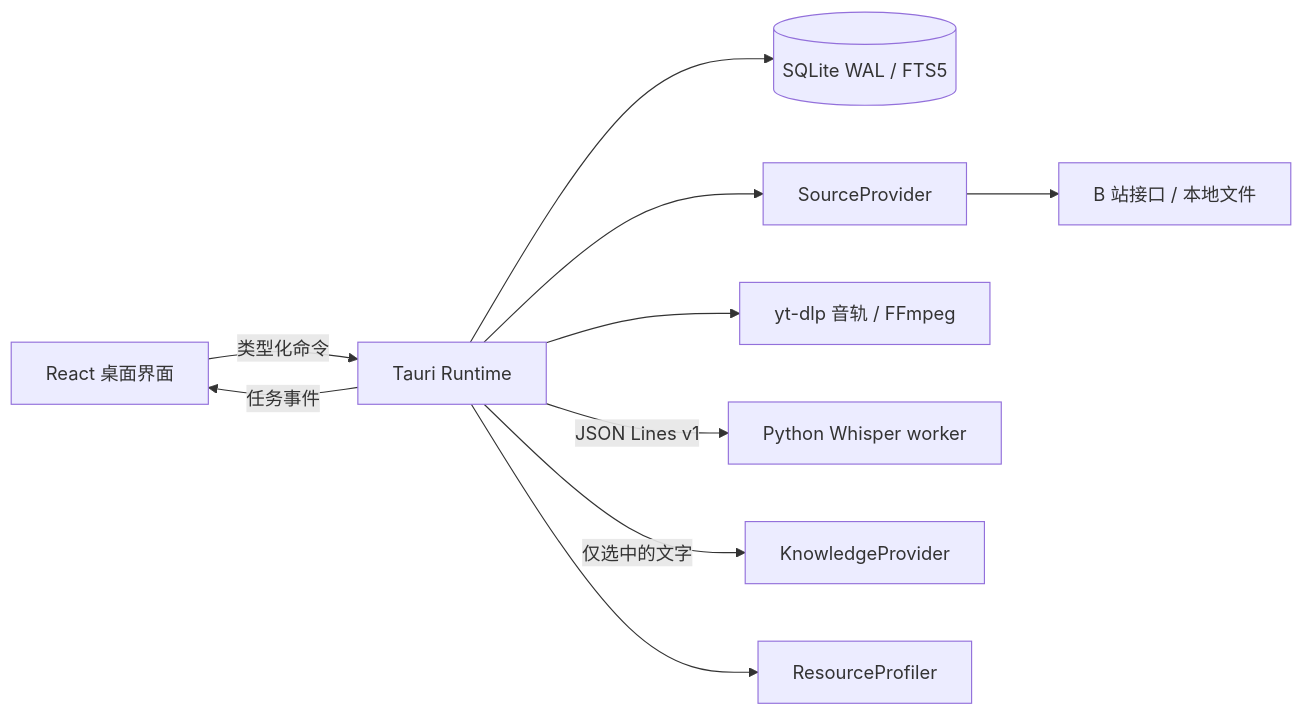
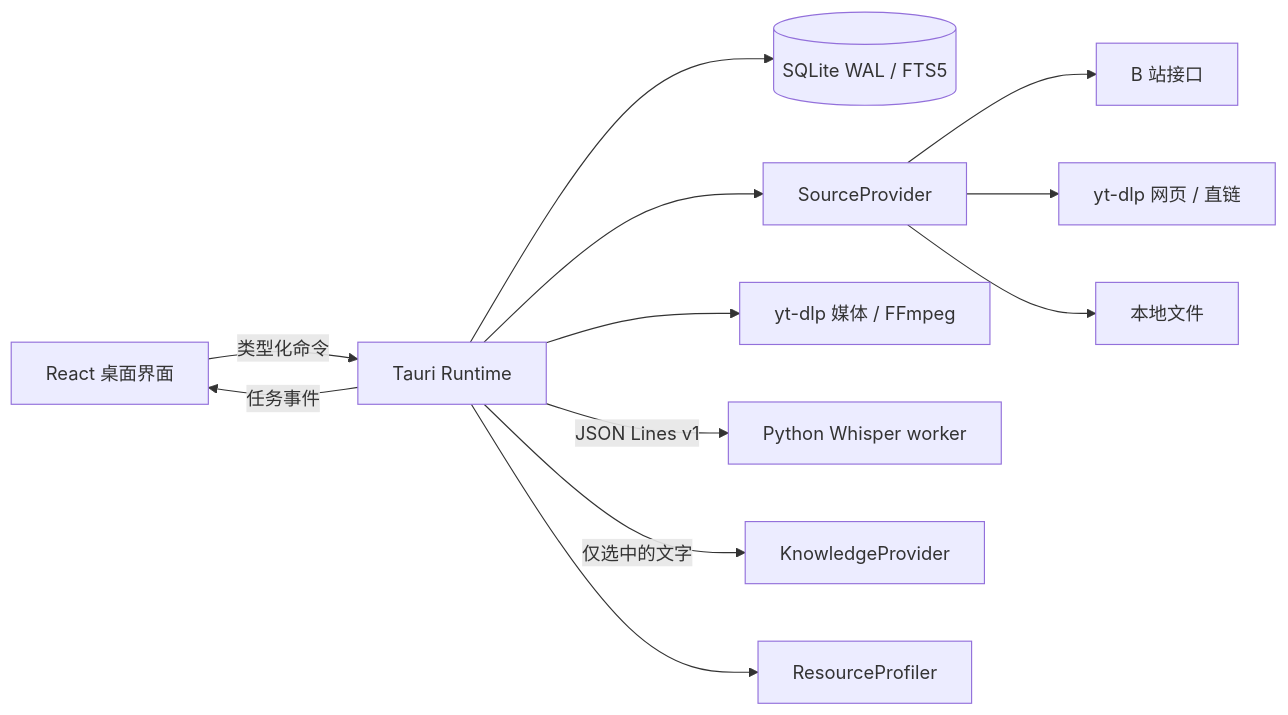
Before and after one commit to Jiabao23/course-workbench: the diagram in docs/architecture.md, drawn with Mermaid. The commit also changed other lines of this file and 35 other files, not shown here.

````diff
--- a/docs/architecture.md
+++ b/docs/architecture.md
@@ -3,12 +3,14 @@
 ```mermaid
 flowchart LR
   UI[React 桌面界面] -->|类型化命令| Tauri[Tauri Runtime]
   Tauri --> DB[(SQLite WAL / FTS5)]
   Tauri --> Source[SourceProvider]
-  Source --> Bili[B 站接口 / 本地文件]
-  Tauri --> Media[yt-dlp 音轨 / FFmpeg]
+  Source --> Bili[B 站接口]
+  Source --> Web[yt-dlp 网页 / 直链]
+  Source --> Local[本地文件]
+  Tauri --> Media[yt-dlp 媒体 / FFmpeg]
   Tauri -->|JSON Lines v1| ASR[Python Whisper worker]
   Tauri -->|仅选中的文字| API[KnowledgeProvider]
   Tauri --> Profile[ResourceProfiler]
   Tauri -->|任务事件| UI
 ```
````
